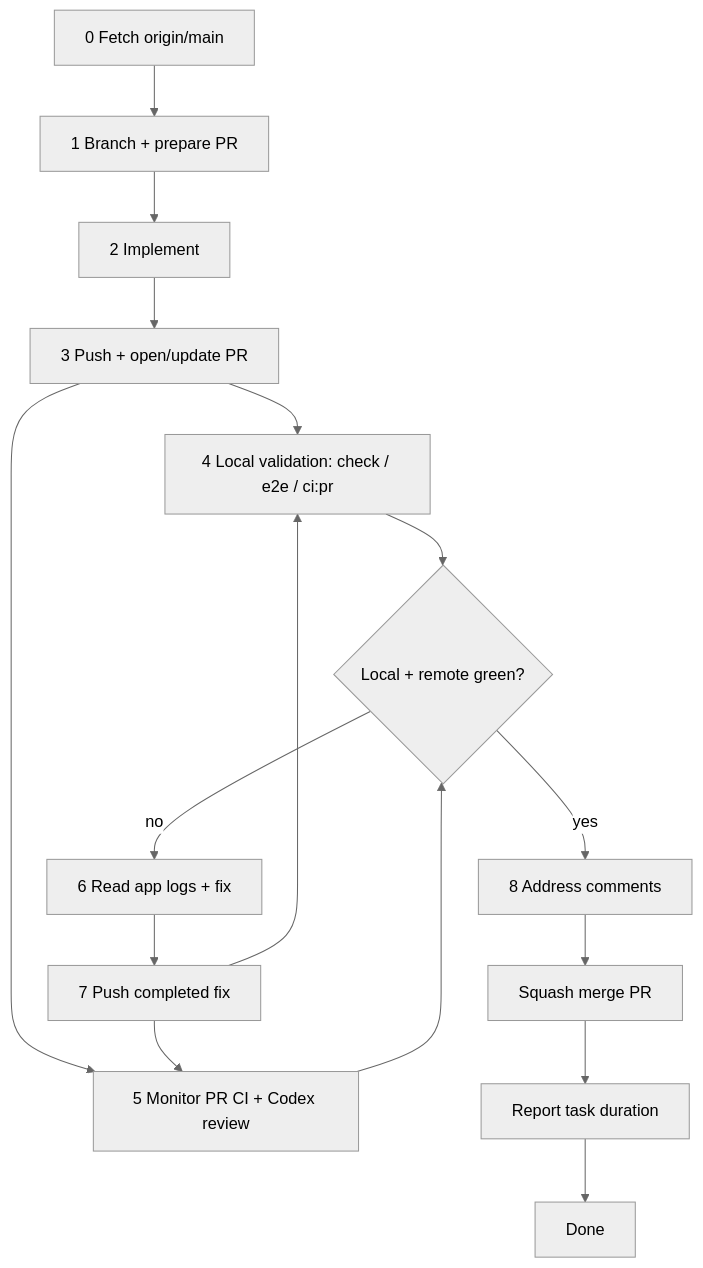
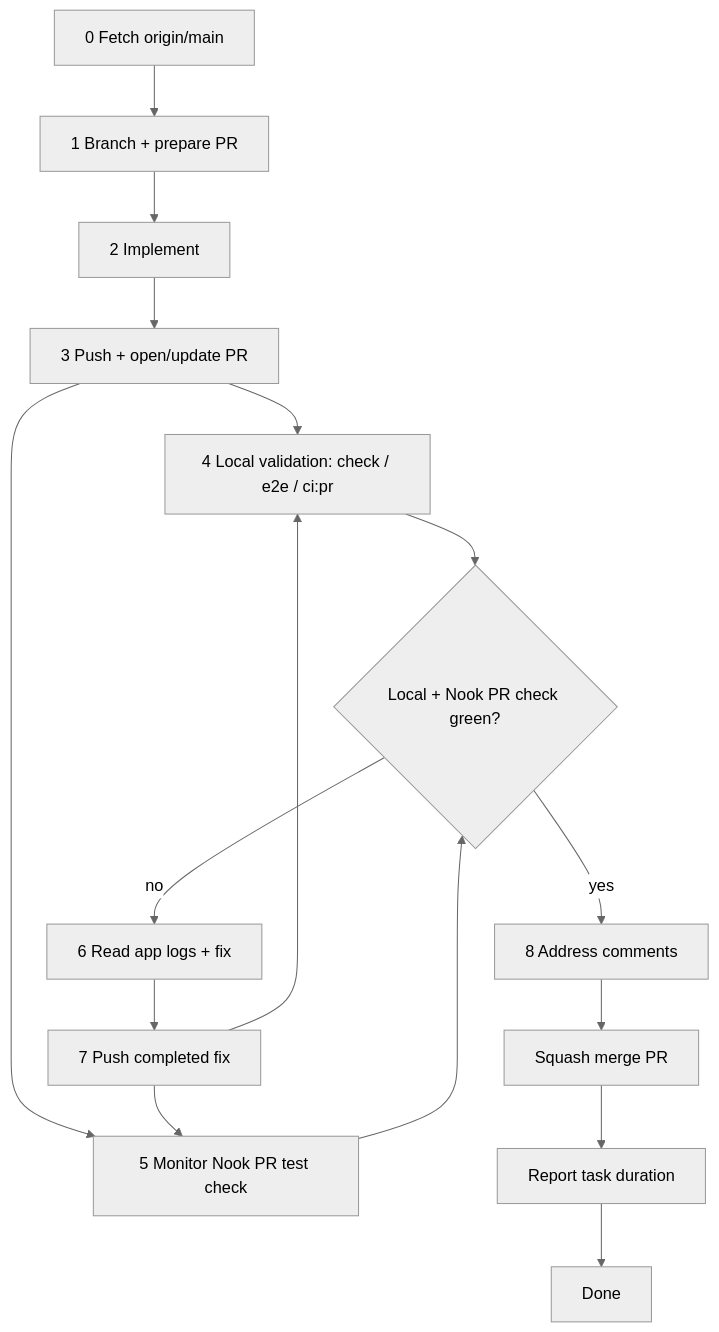
Before and after one commit to meta-secret/nook: the diagram in .cortex/workflows/pull-requests.md, drawn with Mermaid (neutral theme). The commit also changed other lines of this file and 9 other files, not shown here.

````diff
--- a/.cortex/workflows/pull-requests.md
+++ b/.cortex/workflows/pull-requests.md
@@ -48,18 +52,18 @@
 ```mermaid
 flowchart TD
   Z[0 Fetch origin/main] --> A[1 Branch + prepare PR]
   A --> I[2 Implement]
   I --> E[3 Push + open/update PR]
   E --> B[4 Local validation: check / e2e / ci:pr]
-  E --> F[5 Monitor PR CI + Codex review]
-  B --> G{Local + remote green?}
+  E --> F[5 Monitor Nook PR test check]
+  B --> G{Local + Nook PR check green?}
   F --> G
   G -->|no| H[6 Read app logs + fix]
   H --> PUSH[7 Push completed fix]
   PUSH --> B
   PUSH --> F
   G -->|yes| C[8 Address comments]
   C --> M[Squash merge PR]
   M --> J[Report task duration]
   J --> K[Done]
 ```
````
